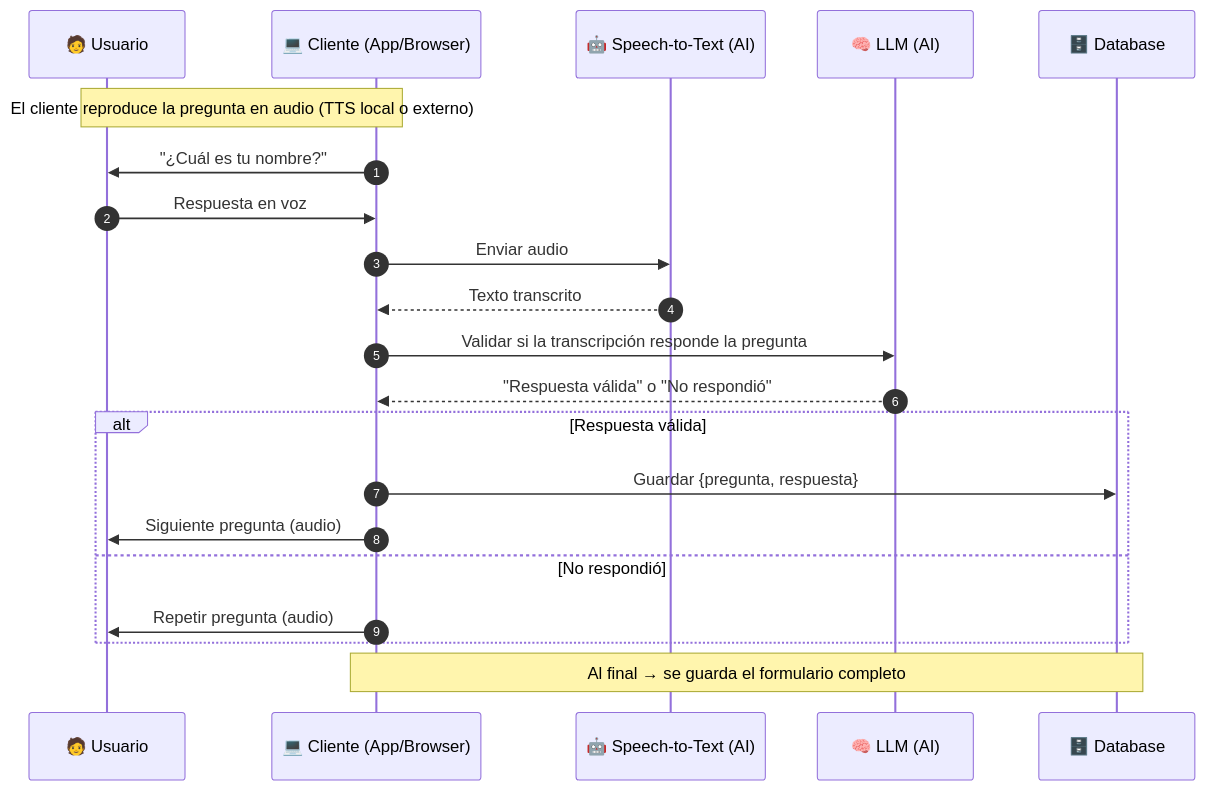
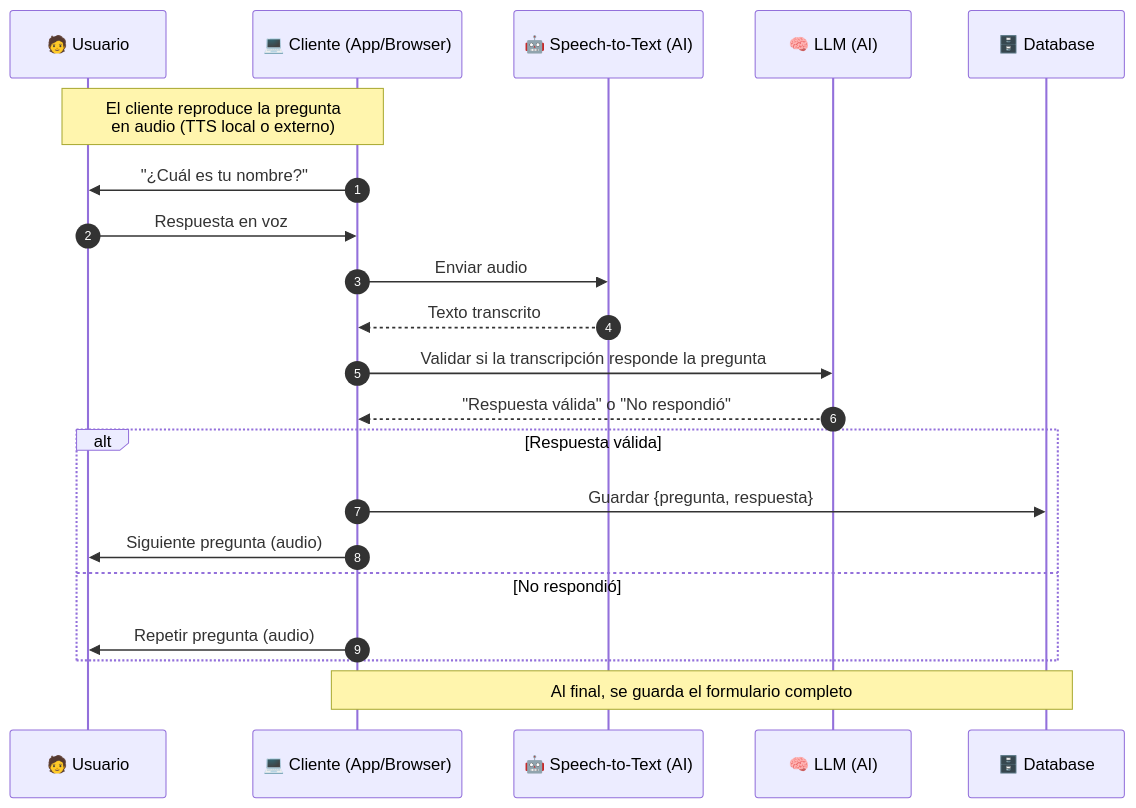
The third of 3 diagrams in README.md (SebastianUrdaneguiBisalaya/building-a-voice-agents-for-forms), drawn with Mermaid before and after one commit. The commit also changed other lines of this file and 6 other files, not shown here.

````diff
--- a/README.md
+++ b/README.md
@@ -177,29 +200,28 @@
 ```mermaid
 sequenceDiagram
     autonumber
     participant U as 🧑 Usuario
     participant C as 💻 Cliente (App/Browser)
     participant STT as 🤖 Speech-to-Text (AI)
     participant LLM as 🧠 LLM (AI)
     participant DB as 🗄️ Database
 
-    Note over C,U: El cliente reproduce la pregunta en audio (TTS local o externo)
+    Note over C,U: El cliente reproduce la pregunta<br>en audio (TTS local o externo)
     C->>U: "¿Cuál es tu nombre?"
     U->>C: Respuesta en voz
 
     C->>STT: Enviar audio
     STT-->>C: Texto transcrito
 
     C->>LLM: Validar si la transcripción responde la pregunta
     LLM-->>C: "Respuesta válida" o "No respondió"
 
     alt Respuesta válida
         C->>DB: Guardar {pregunta, respuesta}
         C->>U: Siguiente pregunta (audio)
     else No respondió
         C->>U: Repetir pregunta (audio)
     end
 
-    Note over C,DB: Al final → se guarda el formulario completo
-
+    Note over C,DB: Al final, se guarda el formulario completo
 ```
````
